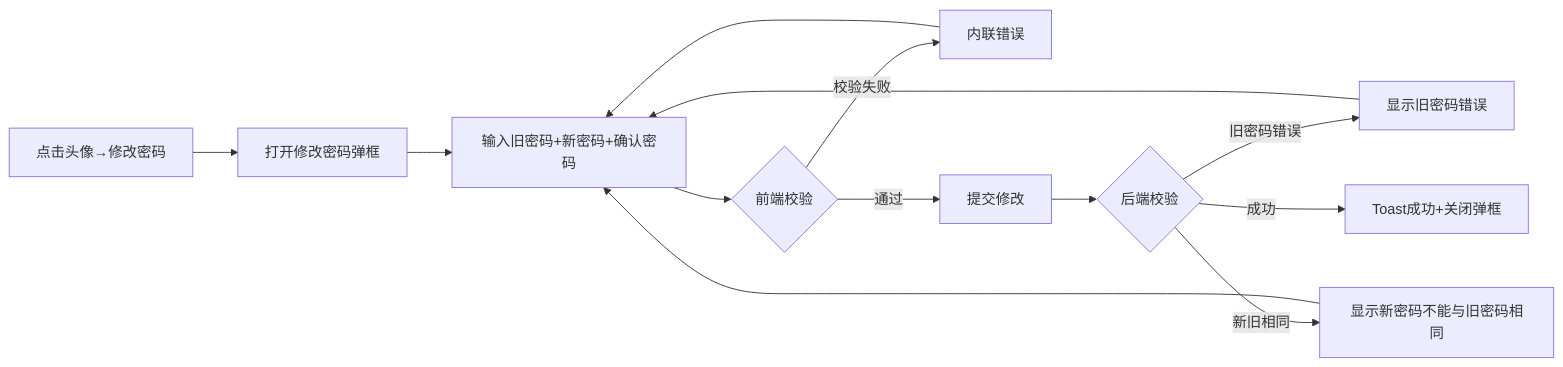
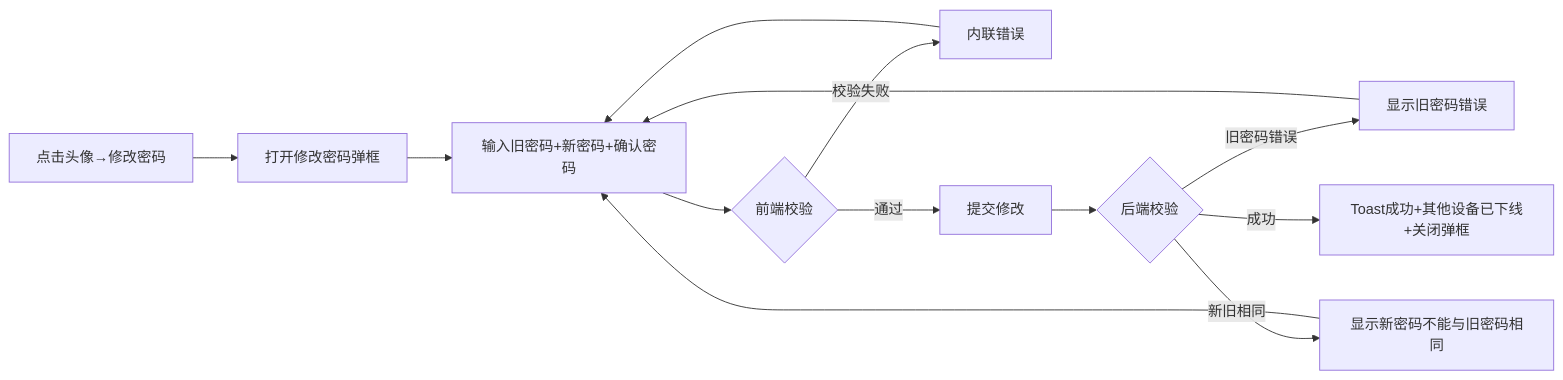
One commit to foryou2026/chinese changed the fourth of 4 diagrams in docs/C02-ia-interaction/admin/auth/account-entry/02-flows.md. Above: the diagram before and after it, drawn with Mermaid. The commit also changed other lines of this file and 27 other files, not shown here.

````diff
--- a/docs/C02-ia-interaction/admin/auth/account-entry/02-flows.md
+++ b/docs/C02-ia-interaction/admin/auth/account-entry/02-flows.md
@@ -67,15 +68,15 @@
 ```mermaid
 flowchart LR
   A4[点击头像→修改密码] --> B4[打开修改密码弹框]
   B4 --> C4[输入旧密码+新密码+确认密码]
   C4 --> D4{前端校验}
   D4 -->|校验失败| E4[内联错误]
   E4 --> C4
   D4 -->|通过| F4[提交修改]
   F4 --> G4{后端校验}
   G4 -->|旧密码错误| H4[显示旧密码错误]
   H4 --> C4
   G4 -->|新旧相同| I4[显示新密码不能与旧密码相同]
   I4 --> C4
-  G4 -->|成功| J4[Toast成功+关闭弹框]
+  G4 -->|成功| J4[Toast成功+其他设备已下线+关闭弹框]
 ```
````
